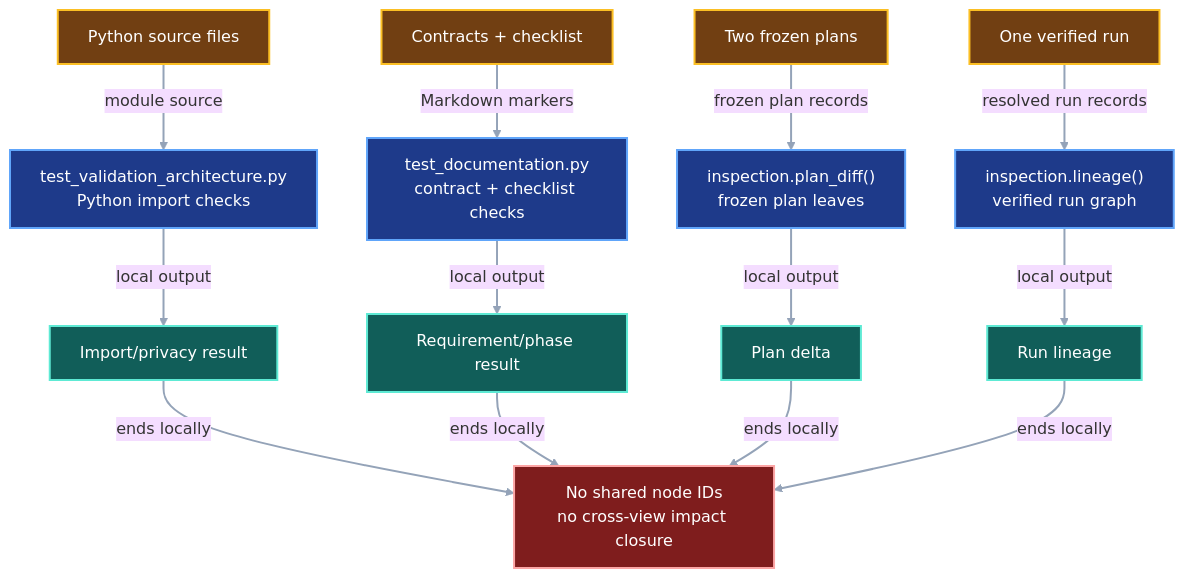
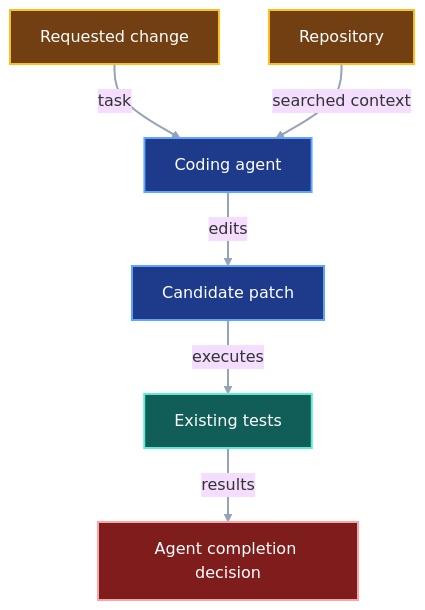
One commit to pvd232/viper changed the second of 4 diagrams in docs/development/system-impact-compiler.md. Above: the diagram before and after it, drawn with Mermaid (base theme). The commit also changed other lines of this file and 7 other files, not shown here.

````diff
--- a/docs/development/system-impact-compiler.md
+++ b/docs/development/system-impact-compiler.md
@@ -255,39 +118,24 @@
 ```mermaid
-flowchart TD
-    Python["Python source files"]
-    Contracts["Contracts + checklist"]
-    Plans["Two frozen plans"]
-    Runs["One verified run"]
-    Architecture["test_validation_architecture.py<br/>Python import checks"]
-    Documentation["test_documentation.py<br/>contract + checklist checks"]
-    PlanDiff["inspection.plan_diff()<br/>frozen plan leaves"]
-    Lineage["inspection.lineage()<br/>verified run graph"]
-    LocalA["Import/privacy result"]
-    LocalB["Requirement/phase result"]
-    LocalC["Plan delta"]
-    LocalD["Run lineage"]
-    Gap["No shared node IDs<br/>no cross-view impact closure"]
+flowchart TB
+    Request["Requested change"]
+    Repository["Repository"]
+    Agent["Coding agent"]
+    Patch["Candidate patch"]
+    Tests["Existing tests"]
+    Decision["Agent completion decision"]
+    Request -->|"task"| Agent
+    Repository -->|"searched context"| Agent
+    Agent -->|"edits"| Patch
+    Patch -->|"executes"| Tests
+    Tests -->|"results"| Decision
 
-    Python -->|"module source"| Architecture
-    Contracts -->|"Markdown markers"| Documentation
-    Plans -->|"frozen plan records"| PlanDiff
-    Runs -->|"resolved run records"| Lineage
-    Architecture -->|"local output"| LocalA
-    Documentation -->|"local output"| LocalB
-    PlanDiff -->|"local output"| LocalC
-    Lineage -->|"local output"| LocalD
-    LocalA -->|"ends locally"| Gap
-    LocalB -->|"ends locally"| Gap
-    LocalC -->|"ends locally"| Gap
-    LocalD -->|"ends locally"| Gap
-
-    class Python,Contracts,Plans,Runs input
-    class Architecture,Documentation,PlanDiff,Lineage current
-    class LocalA,LocalB,LocalC,LocalD evidence
-    class Gap gap
+    class Request,Repository input
+    class Agent,Patch current
+    class Tests evidence
+    class Decision gap
     classDef input fill:#713f12,stroke:#fbbf24,color:#ffffff,stroke-width:2px
     classDef current fill:#1e3a8a,stroke:#60a5fa,color:#ffffff,stroke-width:2px
     classDef evidence fill:#115e59,stroke:#5eead4,color:#ffffff,stroke-width:2px
     classDef gap fill:#7f1d1d,stroke:#fca5a5,color:#ffffff,stroke-width:2px
     linkStyle default stroke:#94a3b8,stroke-width:2px
 ```
````
